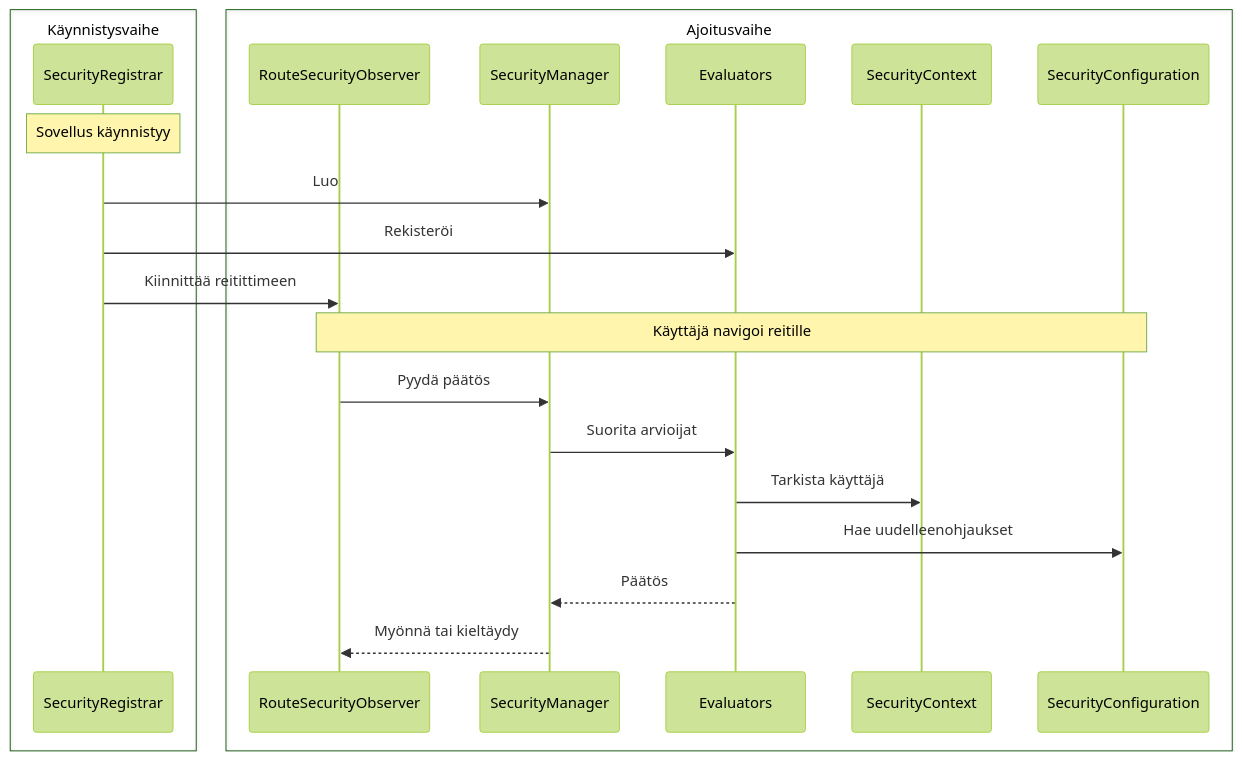
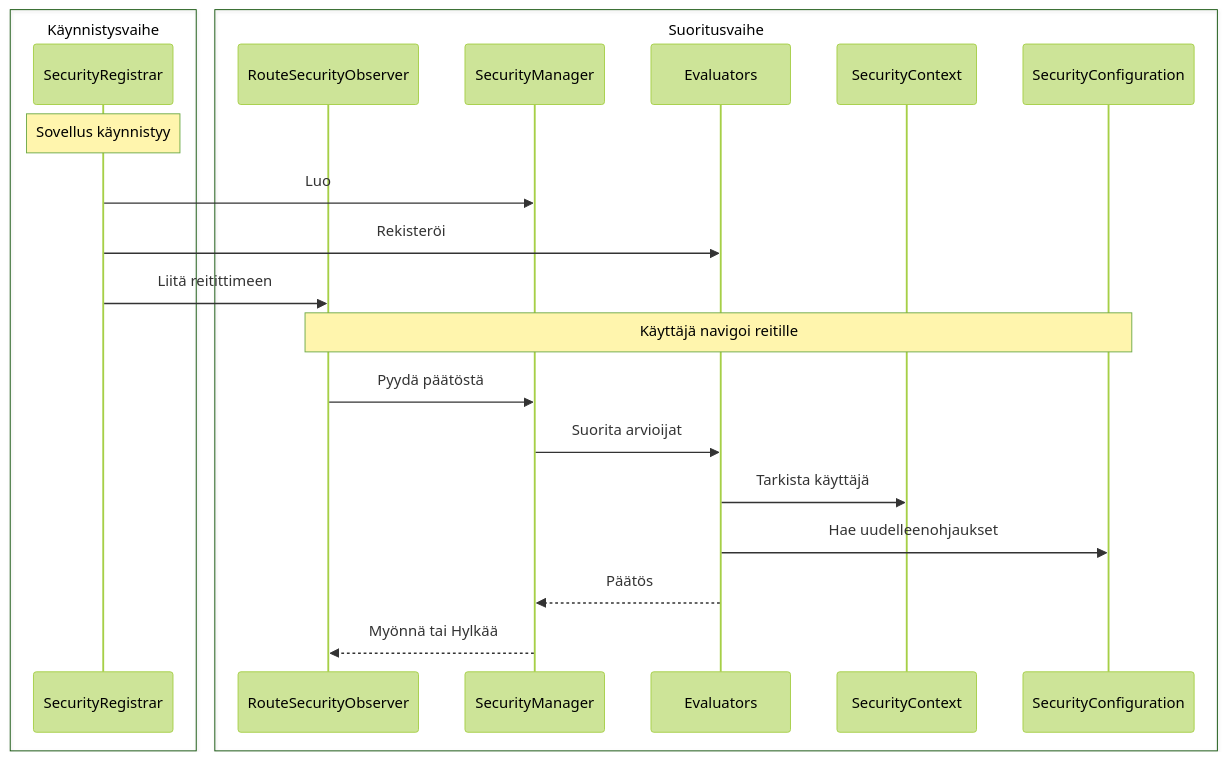
The diagram in docs/i18n/fi/docusaurus-plugin-content-docs/current/security/architecture/custom-implementation.md (webforj/webforj-documentation), drawn with Mermaid (forest theme) before and after one commit. The commit also changed other lines of this file and 1016 other files, not shown here.

````diff
--- a/docs/i18n/fi/docusaurus-plugin-content-docs/current/security/architecture/custom-implementation.md
+++ b/docs/i18n/fi/docusaurus-plugin-content-docs/current/security/architecture/custom-implementation.md
@@ -25,26 +28,26 @@
 ```mermaid
 sequenceDiagram
   box Käynnistysvaihe
   participant Registrar as SecurityRegistrar
   end
-  box Ajoitusvaihe
+  box Suoritusvaihe
   participant Observer as RouteSecurityObserver
   participant Manager as SecurityManager
   participant Evaluators
   participant Context as SecurityContext
   participant Config as SecurityConfiguration
   end
 
   Note over Registrar: Sovellus käynnistyy
   Registrar->>Manager: Luo
   Registrar->>Evaluators: Rekisteröi
-  Registrar->>Observer: Kiinnittää reitittimeen
+  Registrar->>Observer: Liitä reitittimeen
 
   Note over Observer,Config: Käyttäjä navigoi reitille
-  Observer->>Manager: Pyydä päätös
+  Observer->>Manager: Pyydä päätöstä
   Manager->>Evaluators: Suorita arvioijat
   Evaluators->>Context: Tarkista käyttäjä
   Evaluators->>Config: Hae uudelleenohjaukset
   Evaluators-->>Manager: Päätös
-  Manager-->>Observer: Myönnä tai kieltäydy
+  Manager-->>Observer: Myönnä tai Hylkää
 ```
````
